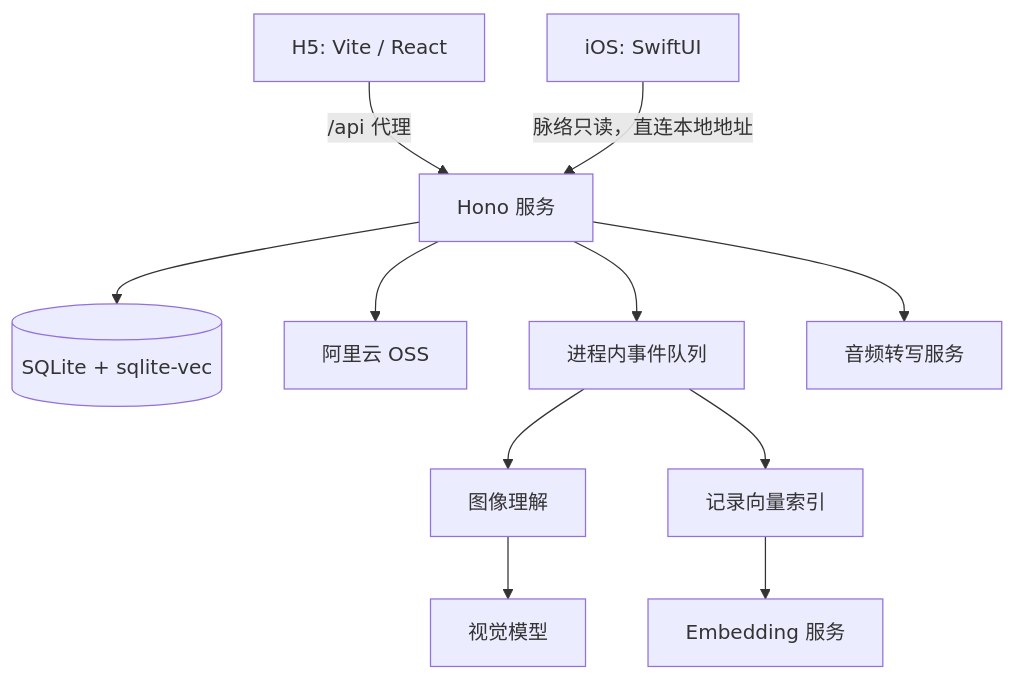
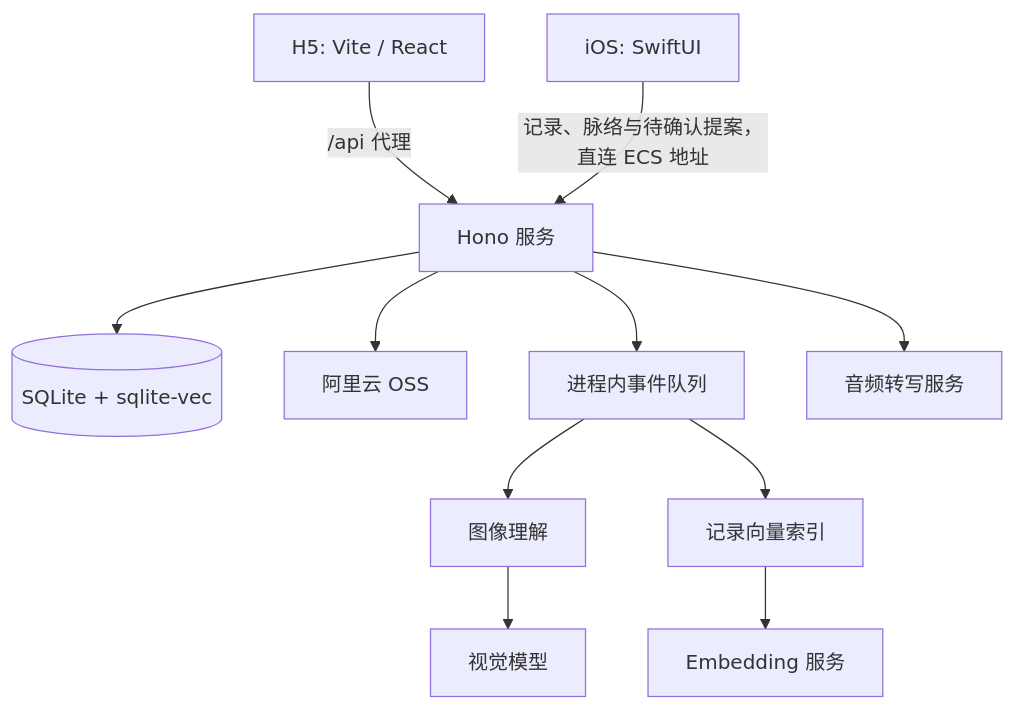
Before and after one commit to huiru-wang/fanto: the diagram in docs/architecture.md, drawn with Mermaid. The commit also changed other lines of this file and 36 other files, not shown here.

````diff
--- a/docs/architecture.md
+++ b/docs/architecture.md
@@ -5,13 +5,13 @@
 ```mermaid
 flowchart TB
   H5[H5: Vite / React] -->|/api 代理| S
-  IOS[iOS: SwiftUI] -->|脉络只读，直连本地地址| S[Hono 服务]
+  IOS[iOS: SwiftUI] -->|记录、脉络与待确认提案，直连 ECS 地址| S[Hono 服务]
   S --> DB[(SQLite + sqlite-vec)]
   S --> OSS[阿里云 OSS]
   S --> Q[进程内事件队列]
   Q --> IMG[图像理解]
   Q --> MEM[记录向量索引]
   MEM --> EMB[Embedding 服务]
   IMG --> VL[视觉模型]
   S --> ASR[音频转写服务]
 ```
````
